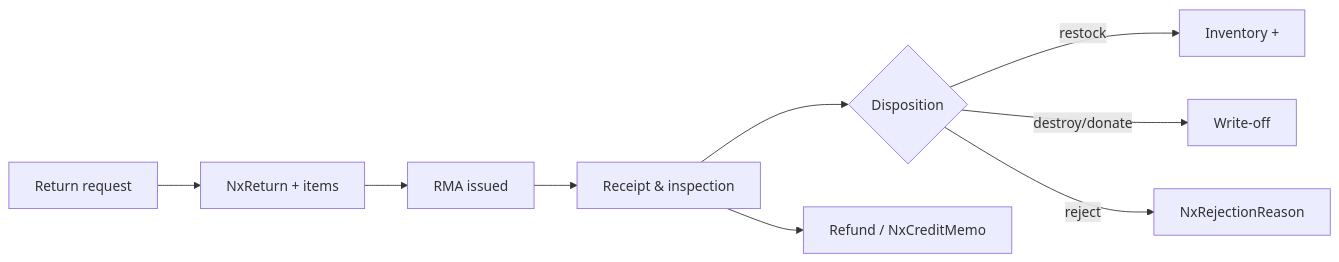
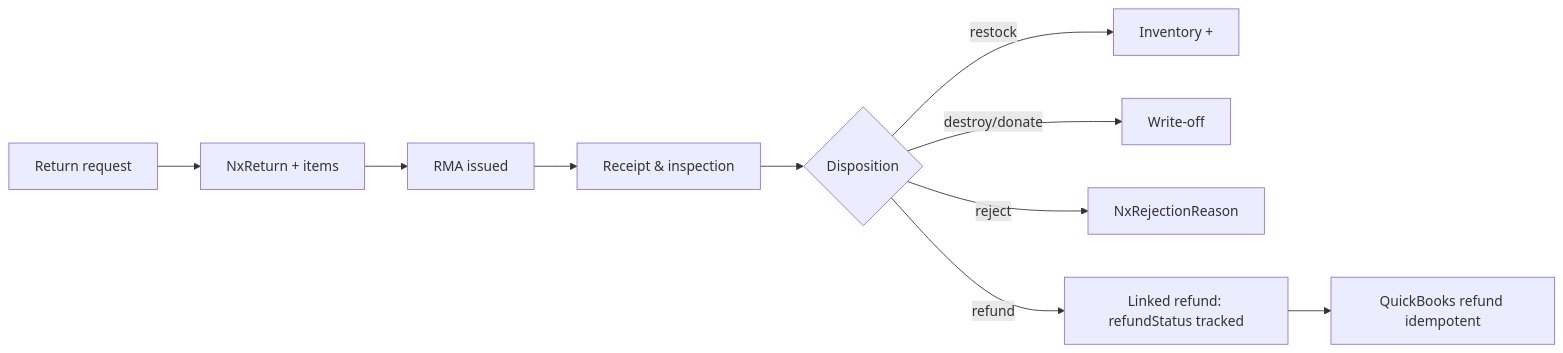
One commit to Mr-Mayank-Sharma/nexus changed the first of 2 diagrams in docs/features/05-returns-refunds.md. Above: the diagram before and after it, drawn with Mermaid. The commit also changed other lines of this file and 13 other files, not shown here.

````diff
--- a/docs/features/05-returns-refunds.md
+++ b/docs/features/05-returns-refunds.md
@@ -28,11 +29,12 @@
 ```mermaid
 flowchart LR
     REQ[Return request] --> RM[NxReturn + items]
     RM --> AUTH[RMA issued]
     AUTH --> REC[Receipt & inspection]
     REC --> DSP{Disposition}
     DSP -->|restock| INV[Inventory +]
     DSP -->|destroy/donate| WR[Write-off]
     DSP -->|reject| REJ[NxRejectionReason]
-    REC --> REF[Refund / NxCreditMemo]
+    DSP -->|refund| REF[Linked refund: refundStatus tracked]
+    REF --> QB[QuickBooks refund idempotent]
 ```
````
